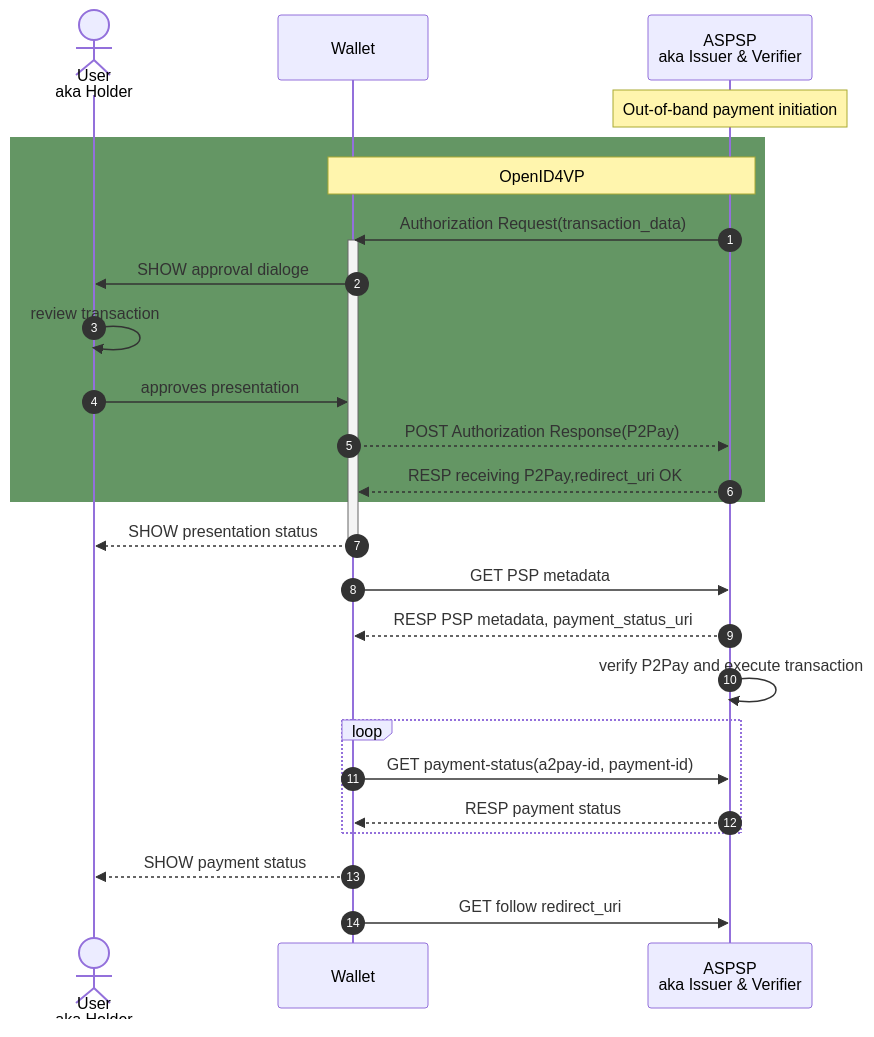
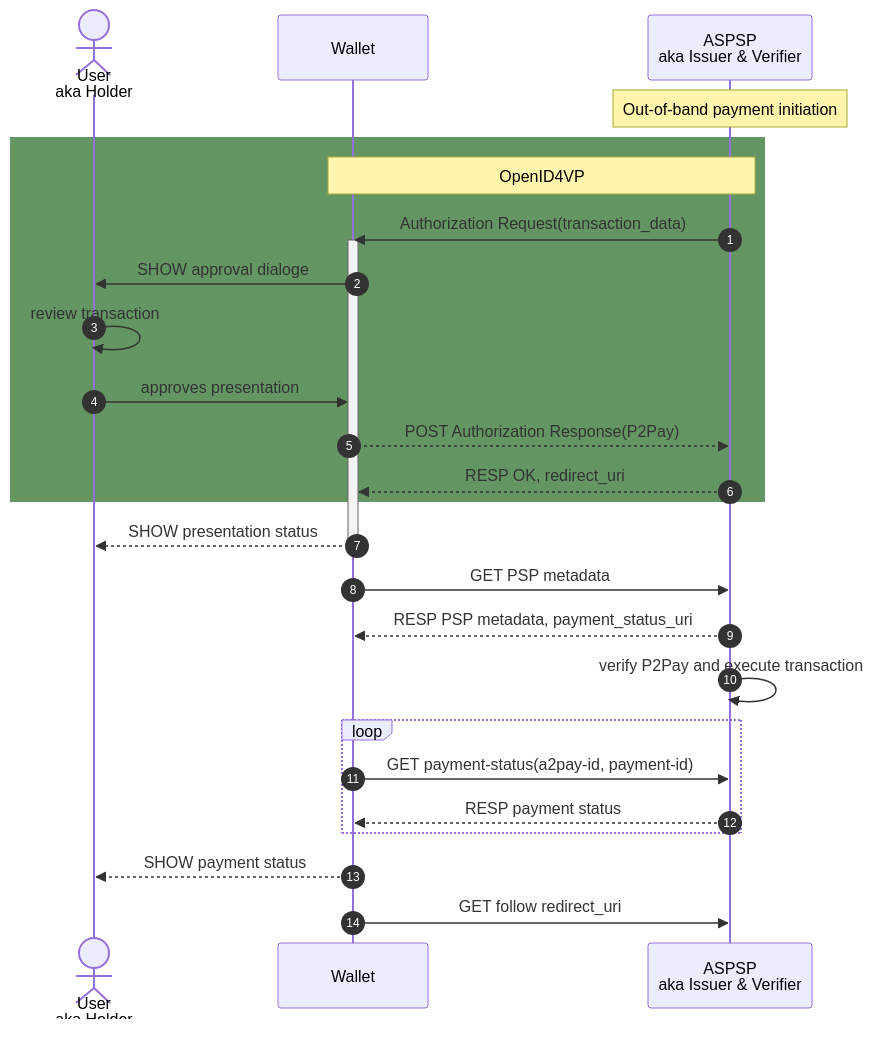
The first of 3 diagrams in payment-reference-doc.md (nobid-consortium/payment-reference-documentation), drawn with Mermaid before and after one commit. The commit also changed other lines of this file, not shown here.

Commit message:
updated diagramms

````diff
--- a/payment-reference-doc.md
+++ b/payment-reference-doc.md
@@ -327,33 +327,33 @@
 ```mermaid
 
 sequenceDiagram
     autonumber
     actor user as User<br/>aka Holder
     participant wallet as Wallet 
     participant psp as ASPSP<br/>aka Issuer & Verifier
 
     Note over psp: Out-of-band payment initiation
     rect rgb(100, 150, 100)
     note over wallet, psp: OpenID4VP
     psp ->> wallet: Authorization Request(transaction_data)
     activate wallet
     wallet ->> user: SHOW approval dialoge
     user ->> user: review transaction
     user ->> wallet: approves presentation
     wallet -->> psp: POST Authorization Response(P2Pay)
-    psp -->> wallet: RESP receiving P2Pay,redirect_uri OK
+    psp -->> wallet: RESP OK, redirect_uri
     end
     wallet -->> user: SHOW presentation status
     deactivate wallet
     wallet ->> psp: GET PSP metadata
     psp -->> wallet: RESP PSP metadata, payment_status_uri
     psp ->> psp: verify P2Pay and execute transaction
     loop
     wallet ->> psp: GET payment-status(a2pay-id, payment-id)
 
     psp -->> wallet: RESP payment status 
     end
     wallet -->> user: SHOW payment status
     wallet ->> psp: GET follow redirect_uri
 
 ```
````
